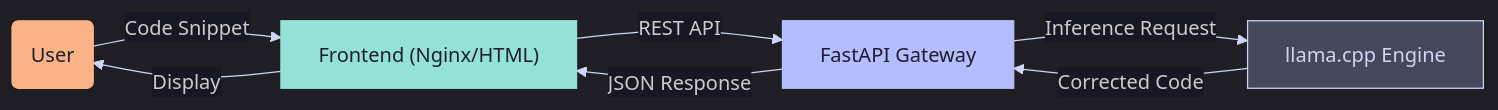
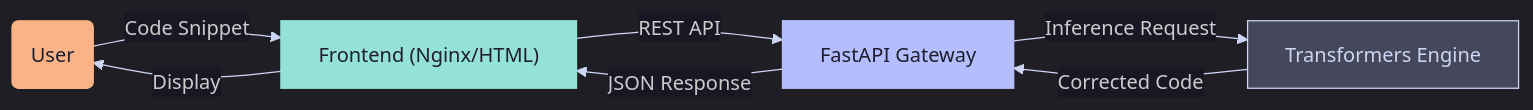
The diagram in README.md (scriptsledge/clarity), drawn with Mermaid before and after one commit. The commit also changed other lines of this file and 6 other files, not shown here.

````diff
--- a/README.md
+++ b/README.md
@@ -88,15 +88,15 @@
 ```mermaid
 %%{init: {'theme': 'dark', 'themeVariables': { 'darkMode': true, 'primaryColor': '#1e1e2e', 'edgeLabelBackground':'#181825', 'tertiaryColor': '#181825', 'mainBkg': '#1e1e2e', 'nodeBorder': '#b4befe', 'lineColor': '#cdd6f4'}}}%%
 graph LR
     User(User) -->|Code Snippet| FE["Frontend (Nginx/HTML)"]
     FE -->|REST API| API["FastAPI Gateway"]
-    API -->|Inference Request| Engine["llama.cpp Engine"]
+    API -->|Inference Request| Engine["Transformers Engine"]
     Engine -->|Corrected Code| API
     API -->|JSON Response| FE
     FE -->|Display| User
     
     style User fill:#fab387,stroke:#fab387,color:#1e1e2e
     style FE fill:#94e2d5,stroke:#94e2d5,color:#1e1e2e
     style API fill:#b4befe,stroke:#b4befe,color:#1e1e2e
     style Engine fill:#45475a,stroke:#cdd6f4,color:#cdd6f4
 ```
````
